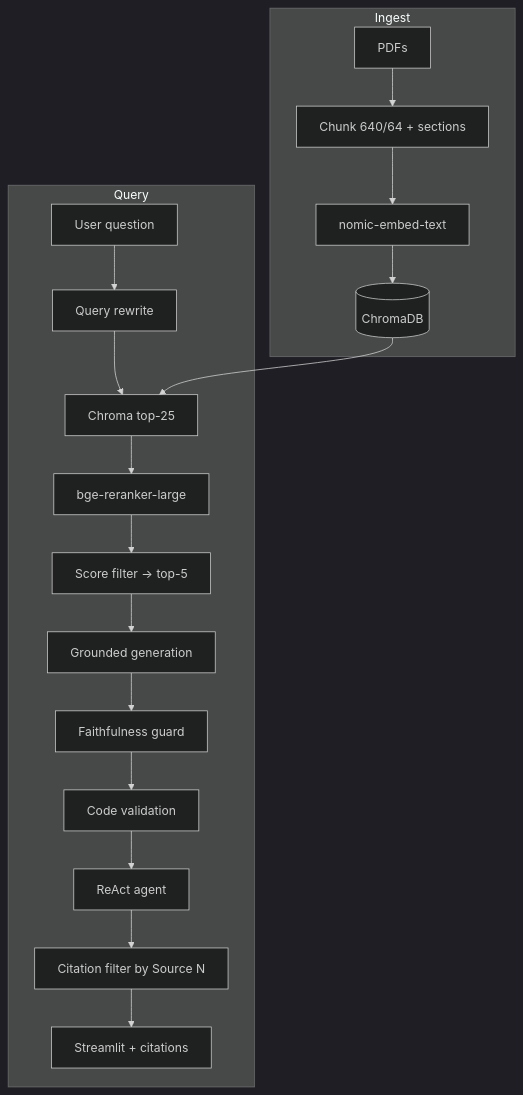
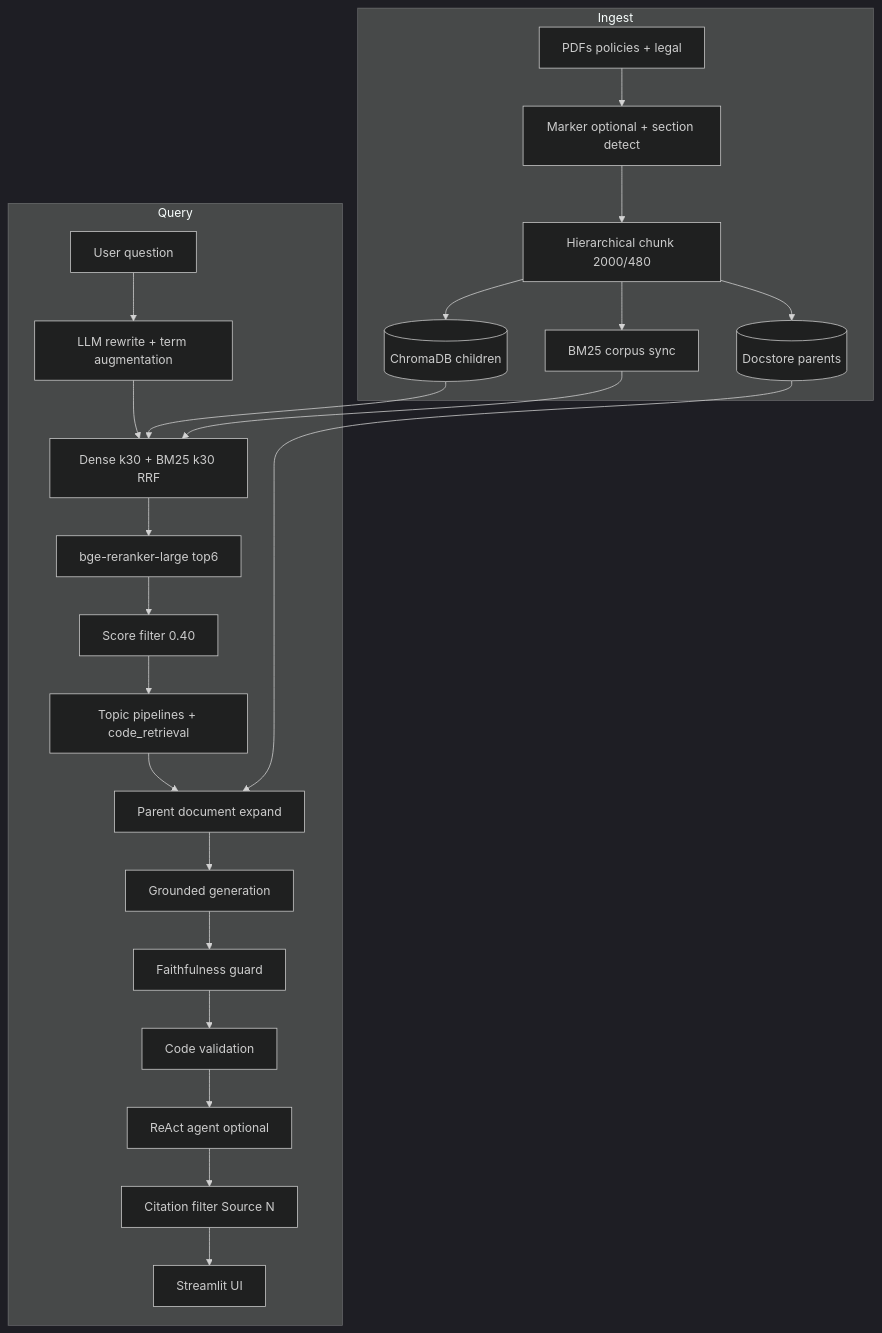
One commit to SoubhagyaJain/Rag-chatbot changed the diagram in company_policy_rag/README.md. Above: the diagram before and after it, drawn with Mermaid (dark theme). The commit also changed other lines of this file and 3 other files, not shown here.

Commit message:
docs: refresh all READMEs with latest architecture, metrics, and CD status

````diff
--- a/company_policy_rag/README.md
+++ b/company_policy_rag/README.md
@@ -288,23 +299,29 @@
 ```mermaid
 flowchart TB
     subgraph Ingest
-        PDF[PDFs] --> CHUNK[Chunk 640/64 + sections]
-        CHUNK --> EMB[nomic-embed-text]
-        EMB --> CHROMA[(ChromaDB)]
+        PDF[PDFs policies + legal] --> Parse[Marker optional + section detect]
+        Parse --> HChunk[Hierarchical chunk 2000/480]
+        HChunk --> Chroma[(ChromaDB children)]
+        HChunk --> Docstore[(Docstore parents)]
+        HChunk --> BM25Build[BM25 corpus sync]
     end
 
     subgraph Query
-        Q[User question] --> REWRITE[Query rewrite]
-        REWRITE --> RET[Chroma top-25]
-        RET --> RERANK[bge-reranker-large]
-        RERANK --> FILTER[Score filter → top-5]
-        FILTER --> GEN[Grounded generation]
-        GEN --> GUARD[Faithfulness guard]
-        GUARD --> CODE[Code validation]
-        CODE --> AGENT[ReAct agent]
-        AGENT --> CITE[Citation filter by Source N]
-        CITE --> UI[Streamlit + citations]
+        Q[User question] --> Rewrite[LLM rewrite + term augmentation]
+        Rewrite --> Hybrid[Dense k30 + BM25 k30 RRF]
+        Hybrid --> Rerank[bge-reranker-large top6]
+        Rerank --> Filter[Score filter 0.40]
+        Filter --> Topics[Topic pipelines + code_retrieval]
+        Topics --> Parent[Parent document expand]
+        Parent --> Gen[Grounded generation]
+        Gen --> Guard[Faithfulness guard]
+        Guard --> CodeVal[Code validation]
+        CodeVal --> Agent[ReAct agent optional]
+        Agent --> Cite[Citation filter Source N]
+        Cite --> UI[Streamlit UI]
     end
 
-    CHROMA --> RET
+    Chroma --> Hybrid
+    BM25Build --> Hybrid
+    Docstore --> Parent
 ```
````
